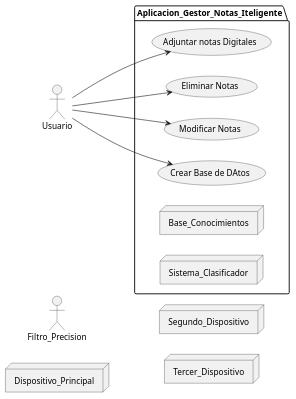
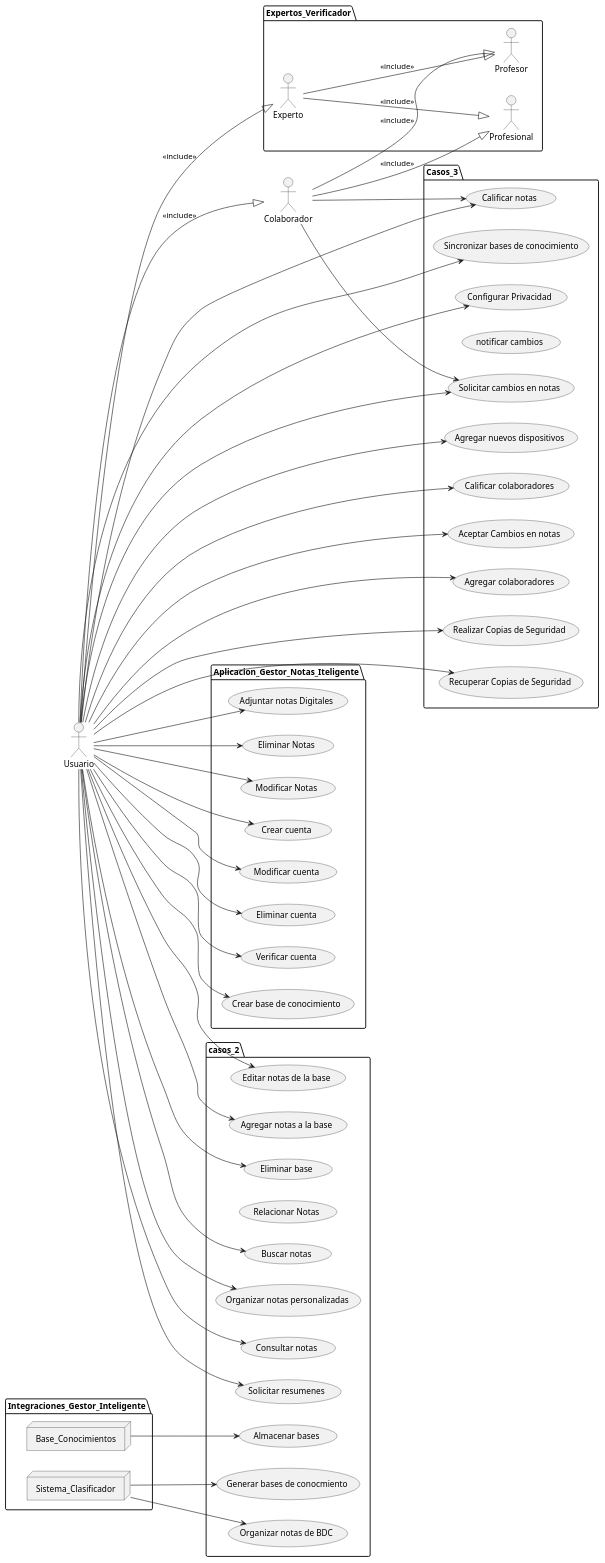
The diagram in diagramas/Uses_Cases.puml (CORNIIO19/Proyecto_Terminal), drawn with PlantUML before and after one commit. The commit also changed 4 other files, not shown here.

Commit message:
Agregue correcciones y nuevos diagramas

```diff
--- a/diagramas/Uses_Cases.puml
+++ b/diagramas/Uses_Cases.puml
@@ -1,29 +1,119 @@
 @startuml "Casos_de_uso_Gestor_de_Notas_Inteligente"
 
 left to right direction
 
 actor Usuario as Usr 
-actor Filtro_Precision as Vrf
+Actor Colaborador as Usr2
+Usr --|> Usr2 : <<include>> 
+
+
 ' actor Base_Conocimientos as Base
 
-node Dispositivo_Principal as Pr1
-node Segundo_Dispositivo as Pr3 
-node Tercer_Dispositivo as Pr2
+' node Dispositivo_Principal as Pr1
+' node Segundo_Dispositivo as Pr3 
+' node Tercer_Dispositivo as Pr2
+
+package Expertos_Verificador{
+    actor Experto as Vrf
+    actor Profesor as Vrf2
+    actor Profesional as Vrf3
+    Vrf --|> Vrf2 : <<include>>
+    Vrf --|> Vrf3 : <<include>>
+    Usr --|> Vrf : <<include>>
+    Usr2 --|> Vrf2 : <<include>>
+    Usr2 --|> Vrf3 : <<include>>
+}
 
 package Aplicacion_Gestor_Notas_Iteligente{
     usecase "Adjuntar notas Digitales" as CU1
     usecase "Eliminar Notas" as CU2
     usecase "Modificar Notas" as CU3
-    usecase "Crear Base de DAtos" as CU4
+
+    usecase "Crear cuenta" as CU4
+    usecase "Modificar cuenta" as CU7
+    usecase "Eliminar cuenta" as CU8
+    usecase "Verificar cuenta" as CU9
+    usecase "Crear base de conocimiento" as CU10
+    
+}
+
+package casos_2{
+    usecase "Editar notas de la base" as CU11
+    usecase "Agregar notas a la base" as CU12
+    usecase "Eliminar base" as CU13
+
+    usecase "Relacionar Notas" as CU26
+
+    usecase "Almacenar bases" as CU14
+    usecase "Generar bases de conocmiento" as CU15
+    usecase "Organizar notas de BDC" as CU16
+
+    usecase "Organizar notas personalizadas" as CU17
+    usecase "Consultar notas" as CU18
+    usecase "Solicitar resumenes" as CU19
+    usecase "Buscar notas" as CU20
+}
+
+package Integraciones_Gestor_Inteligente{
     node Base_Conocimientos as Base
     node Sistema_Clasificador as Rel
 }
 
+package Casos_3{
+    usecase "Sincronizar bases de conocimiento" as CU21
+    usecase "Configurar Privacidad" as CU22 
+    usecase "Agregar nuevos dispositivos" as CU23
+
+    usecase "notificar cambios" as CU24
+
+    usecase "Calificar notas" as CU25
+    usecase "Calificar colaboradores" as CU27
+    usecase "Solicitar cambios en notas" as CU28
+    usecase "Aceptar Cambios en notas" as CU29
+    usecase "Agregar colaboradores" as CU30
+
+    usecase "Realizar Copias de Seguridad" as CU31
+    usecase "Recuperar Copias de Seguridad" as CU32
+}
+
+'  Casos de USUARIO
 Usr --> CU1
 Usr --> CU2
 Usr --> CU3
 Usr --> CU4
+Usr --> CU7
+Usr --> CU8
+Usr --> CU9
+Usr --> CU10
+Usr --> CU11
+Usr --> CU12
+Usr --> CU13
+Usr --> CU17
+Usr --> CU18
+Usr --> CU19
+Usr --> CU20
+Usr --> CU21
+Usr --> CU22
+Usr --> CU23
+Usr --> CU25
+Usr --> CU27
+Usr --> CU28
+Usr --> CU29
+Usr --> CU30
+Usr --> CU31
+Usr --> CU32
+
+' Casos de Colaborador
+Usr2 --> CU25
+Usr2 --> CU28
+
+' Caso de base
+Base --> CU14
+
+' Caso de Sistema clasificador
+Rel --> CU15
+Rel --> CU16
 
 
 
 @enduml
```
